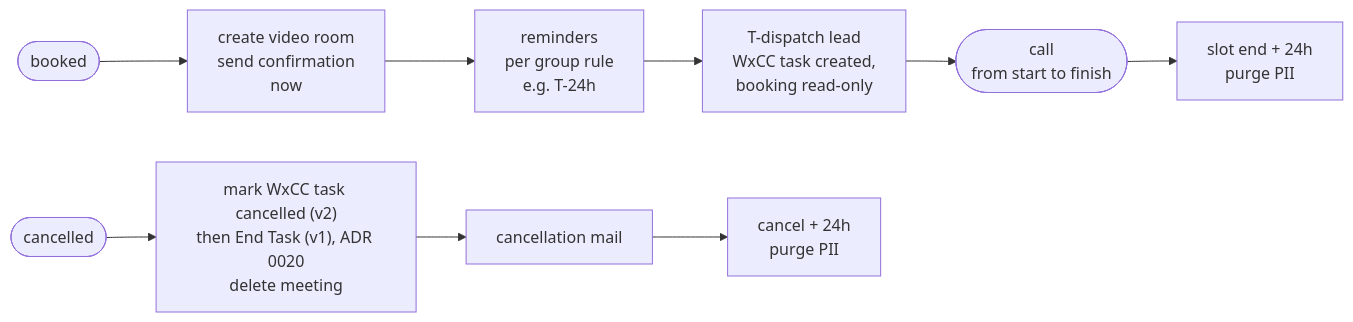
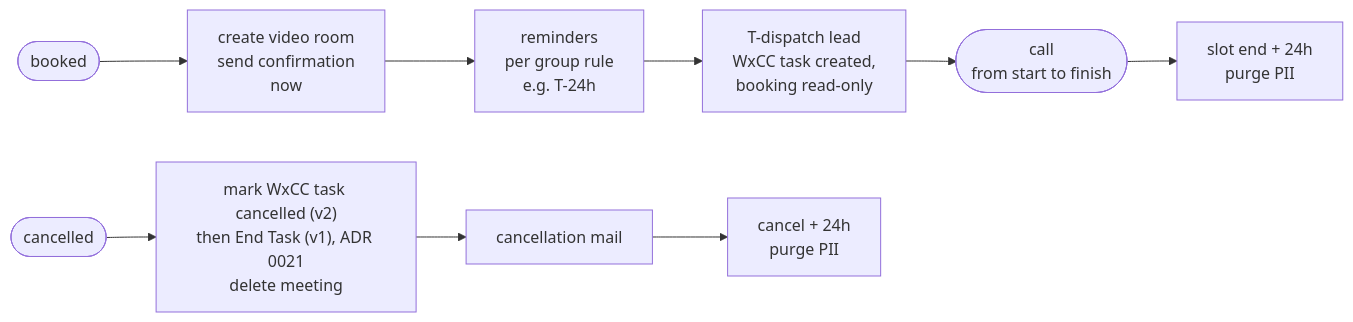
The eighth of 13 diagrams in docs/architecture.md (3Corners-Labs/OpenPlanner), drawn with Mermaid before and after one commit. The commit also changed 12 other files, not shown here.

````diff
--- a/docs/architecture.md
+++ b/docs/architecture.md
@@ -382,11 +382,11 @@
 ```mermaid
 flowchart LR
     book(["booked"]) --> confirm["create video room<br/>send confirmation<br/>now"]
     confirm --> remind["reminders<br/>per group rule<br/>e.g. T-24h"]
     remind --> dispatch["T-dispatch lead<br/>WxCC task created,<br/>booking read-only"]
     dispatch --> meeting(["call<br/>from start to finish"])
     meeting --> purge["slot end + 24h<br/>purge PII"]
 
-    cancel(["cancelled"]) --> cend["mark WxCC task cancelled (v2)<br/>then End Task (v1), ADR 0020<br/>delete meeting"] --> cmail["cancellation mail"] --> cpurge["cancel + 24h<br/>purge PII"]
+    cancel(["cancelled"]) --> cend["mark WxCC task cancelled (v2)<br/>then End Task (v1), ADR 0021<br/>delete meeting"] --> cmail["cancellation mail"] --> cpurge["cancel + 24h<br/>purge PII"]
 
 ```
````
